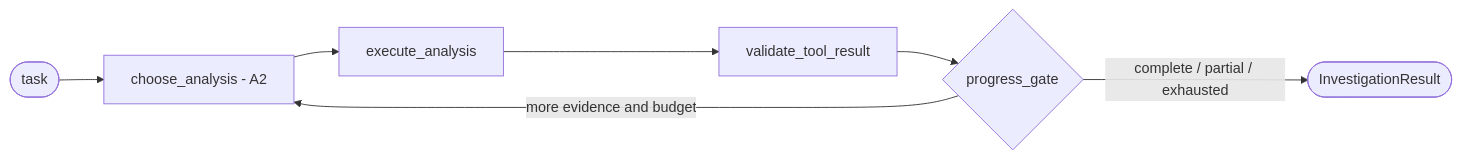
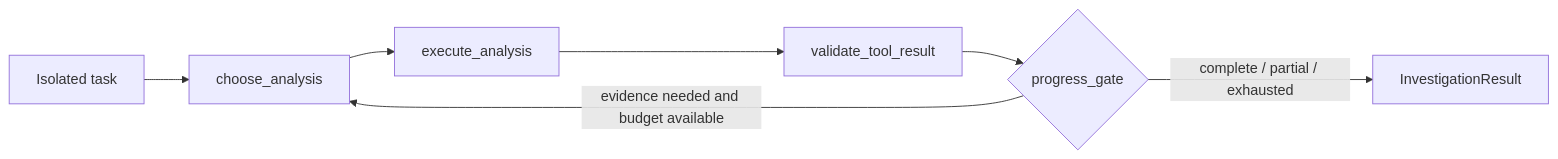
Before and after one commit to magicashu/nextgenaicoders-moveinsync: the second of 2 diagrams in docs/detailed-solution-architecture-plan.md, drawn with Mermaid. The commit also changed other lines of this file and 12 other files, not shown here.

Commit message:
docs: carry current architecture decisions to Java-branch

````diff
--- a/docs/detailed-solution-architecture-plan.md
+++ b/docs/detailed-solution-architecture-plan.md
@@ -156,9 +86,9 @@
-```mermaid
+~~~mermaid
 flowchart LR
-    I([task]) --> C[choose_analysis - A2]
-    C --> X[execute_analysis]
-    X --> V[validate_tool_result]
-    V --> G{progress_gate}
-    G -->|more evidence and budget| C
-    G -->|complete / partial / exhausted| O([InvestigationResult])
-```
+    TASK["Isolated task"] --> CHOOSE["choose_analysis"]
+    CHOOSE --> EXEC["execute_analysis"]
+    EXEC --> CHECK["validate_tool_result"]
+    CHECK --> PROGRESS{"progress_gate"}
+    PROGRESS -->|"evidence needed and budget available"| CHOOSE
+    PROGRESS -->|"complete / partial / exhausted"| RESULT["InvestigationResult"]
+~~~
````
